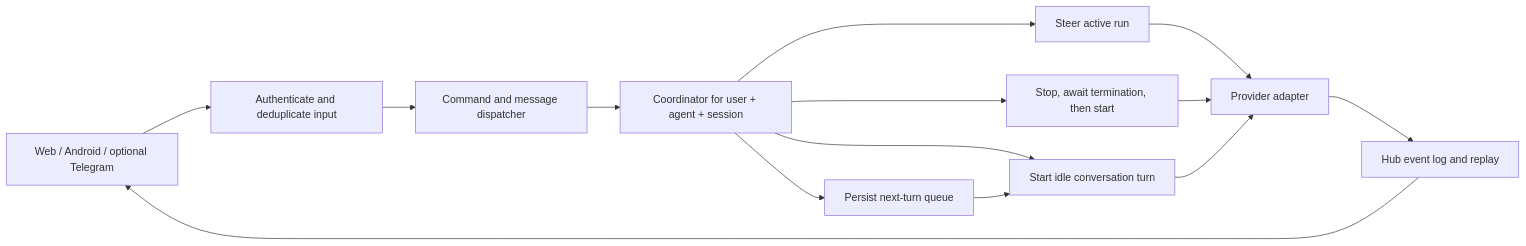
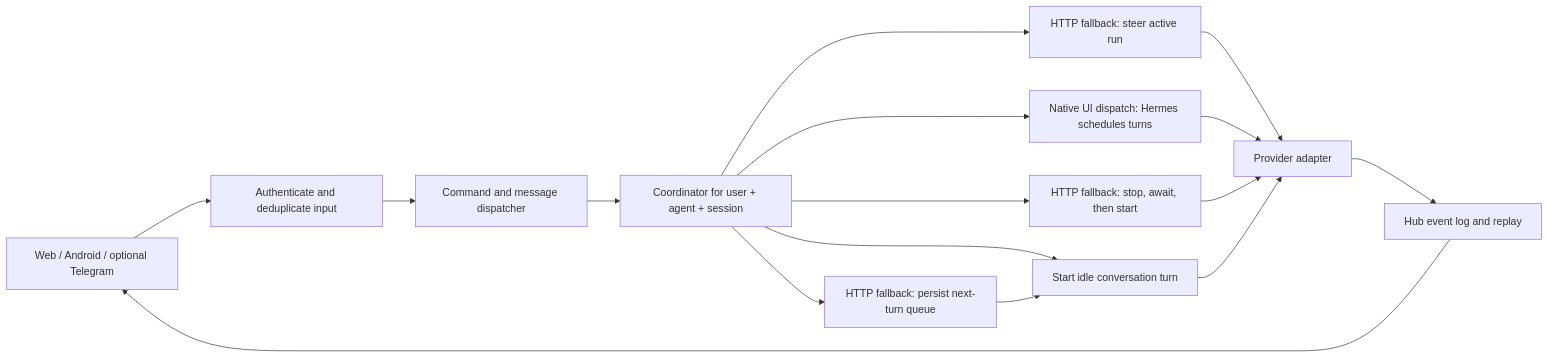
Before and after one commit to TinkerDoge/FoxFleet: the second of 2 diagrams in docs/HERMES-CHAT-CONTROLS.md, drawn with Mermaid. The commit also changed other lines of this file, not shown here.

````diff
--- a/docs/HERMES-CHAT-CONTROLS.md
+++ b/docs/HERMES-CHAT-CONTROLS.md
@@ -160,16 +265,18 @@
 ```mermaid
 flowchart LR
     C[Web / Android / optional Telegram] --> A[Authenticate and deduplicate input]
     A --> D[Command and message dispatcher]
     D --> S[Coordinator for user + agent + session]
-    S --> Q[Persist next-turn queue]
-    S --> G[Steer active run]
-    S --> I[Stop, await termination, then start]
+    S --> R[Native UI dispatch: Hermes schedules turns]
+    S --> Q[HTTP fallback: persist next-turn queue]
+    S --> G[HTTP fallback: steer active run]
+    S --> I[HTTP fallback: stop, await, then start]
     S --> N[Start idle conversation turn]
     G --> H[Provider adapter]
+    R --> H
     I --> H
     N --> H
     Q --> N
     H --> E[Hub event log and replay]
     E --> C
 ```
````
